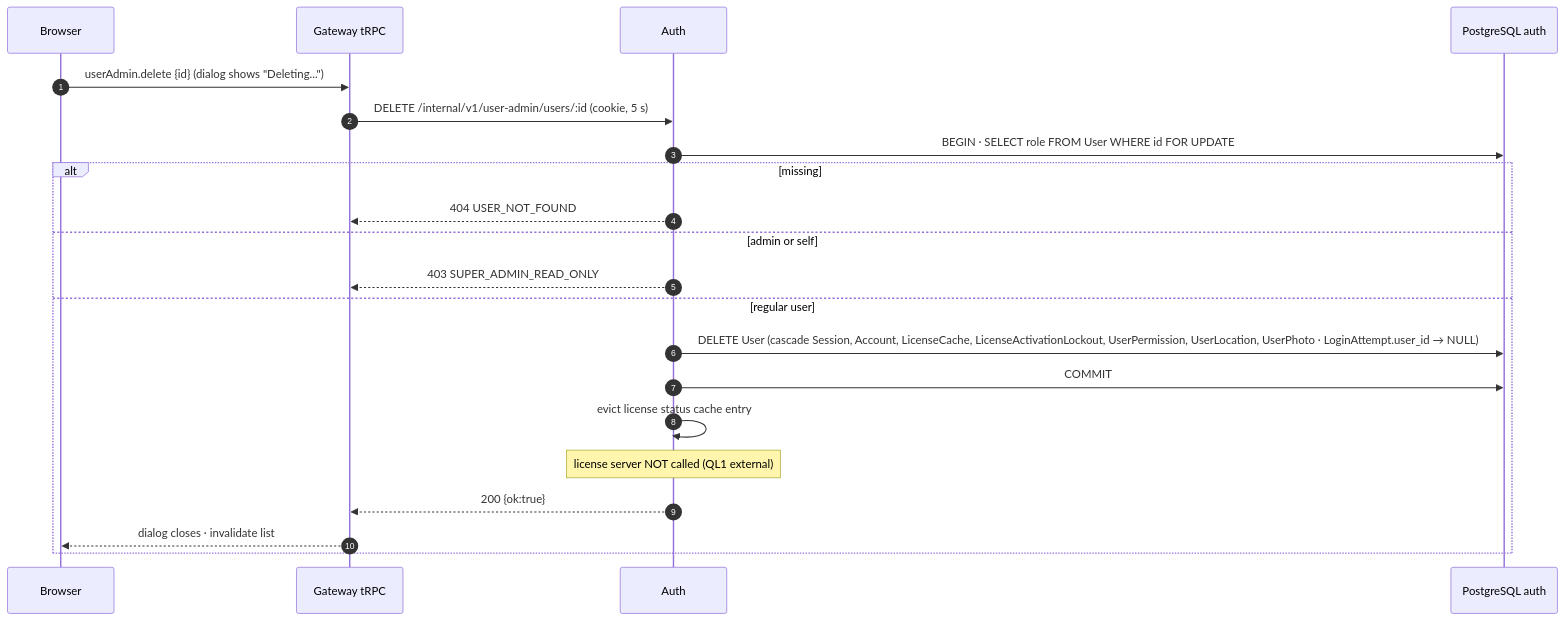
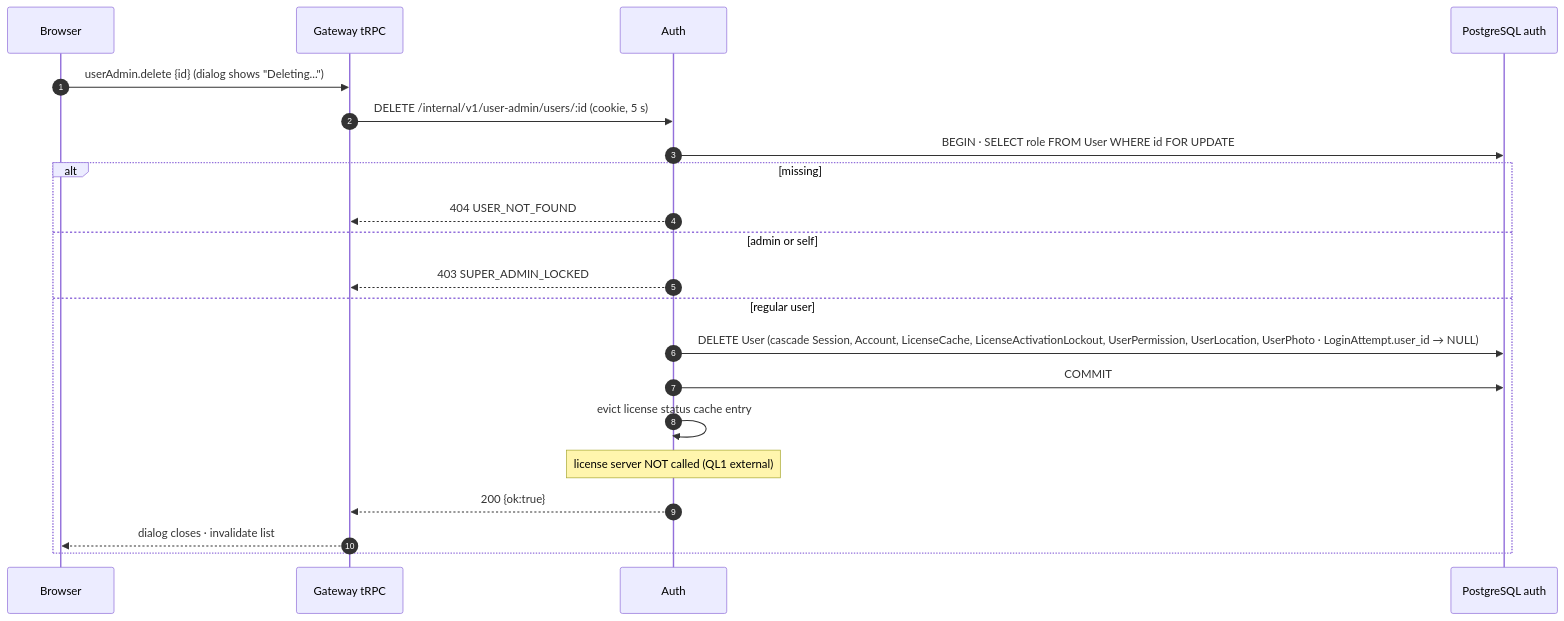
Before and after one commit to jeweal-pm/gms-system-monorepo: the fourth of 7 diagrams in document/apps/backend/auth/user-permission/sequence-diagram.md, drawn with Mermaid. The commit also changed other lines of this file and 65 other files, not shown here.

````diff
--- a/document/apps/backend/auth/user-permission/sequence-diagram.md
+++ b/document/apps/backend/auth/user-permission/sequence-diagram.md
@@ -139,23 +143,23 @@
 ```mermaid
 sequenceDiagram
     autonumber
     participant B as Browser
     participant G as Gateway tRPC
     participant A as Auth
     participant DB as PostgreSQL auth
     B->>G: userAdmin.delete {id}  (dialog shows "Deleting...")
     G->>A: DELETE /internal/v1/user-admin/users/:id (cookie, 5 s)
     A->>DB: BEGIN · SELECT role FROM User WHERE id FOR UPDATE
     alt missing
         A-->>G: 404 USER_NOT_FOUND
     else admin or self
-        A-->>G: 403 SUPER_ADMIN_READ_ONLY
+        A-->>G: 403 SUPER_ADMIN_LOCKED
     else regular user
         A->>DB: DELETE User (cascade Session, Account, LicenseCache, LicenseActivationLockout, UserPermission, UserLocation, UserPhoto · LoginAttempt.user_id → NULL)
         A->>DB: COMMIT
         A->>A: evict license status cache entry
         Note over A: license server NOT called (QL1 external)
         A-->>G: 200 {ok:true}
         G-->>B: dialog closes · invalidate list
     end
 ```
````
